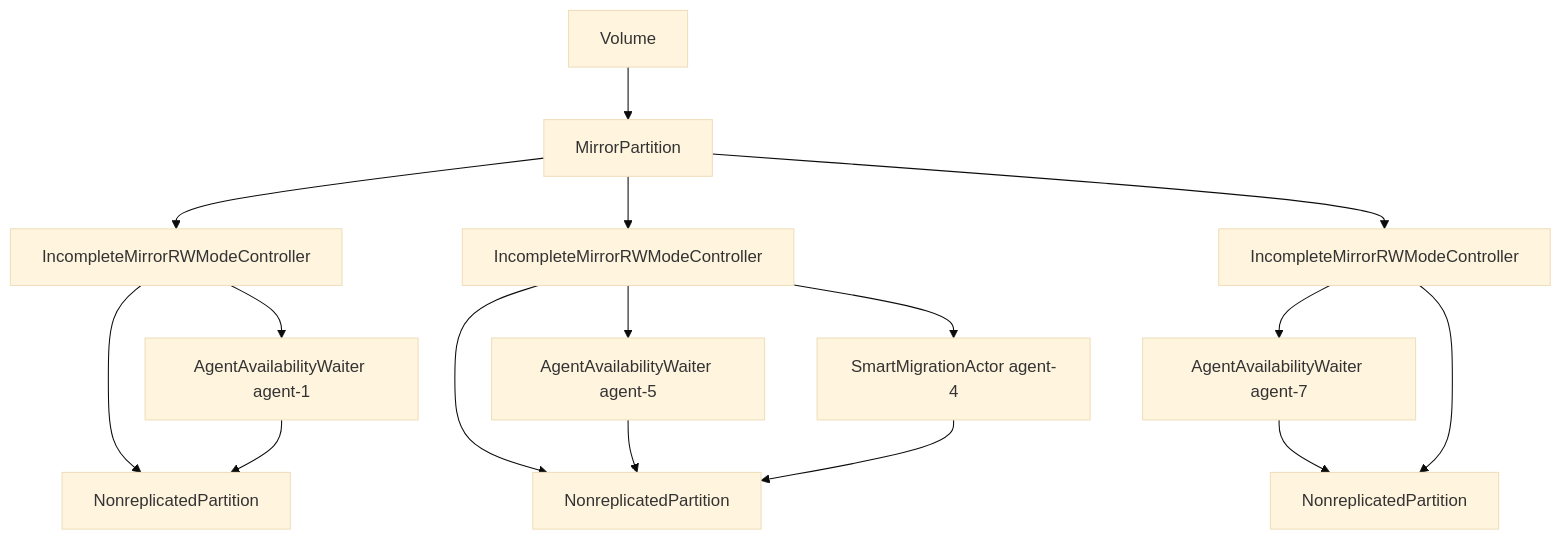
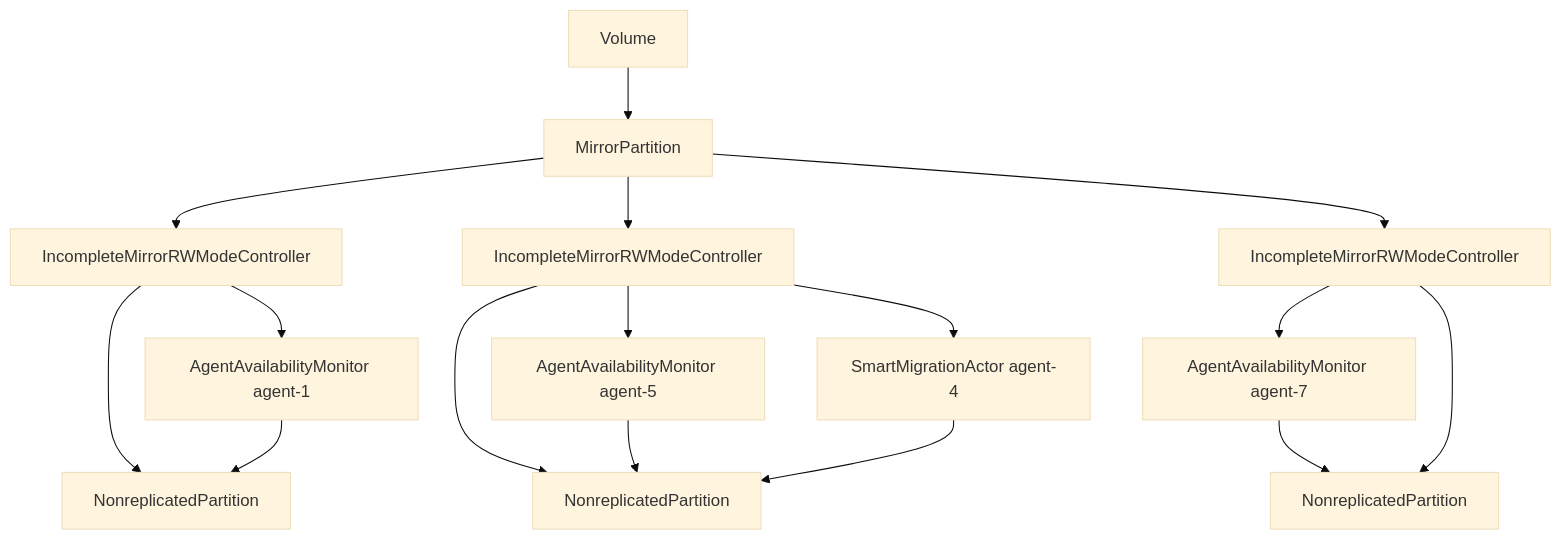
One commit to ydb-platform/nbs changed the first of 2 diagrams in doc/blockstore/storage/dynamic_io_mirroring_proposal.md. Above: the diagram before and after it, drawn with Mermaid (base theme). The commit also changed other lines of this file, not shown here.

````diff
--- a/doc/blockstore/storage/dynamic_io_mirroring_proposal.md
+++ b/doc/blockstore/storage/dynamic_io_mirroring_proposal.md
@@ -43,18 +43,18 @@
 ```mermaid
 flowchart TD
     A[Volume]  --> B[MirrorPartition]
     B --> C[IncompleteMirrorRWModeController]
     B --> D[IncompleteMirrorRWModeController]
     B --> E[IncompleteMirrorRWModeController]
-    C --> F[AgentAvailabilityWaiter agent-1]
+    C --> F[AgentAvailabilityMonitor agent-1]
     C --> G[NonreplicatedPartition]
     F --> G
-    D --> H[AgentAvailabilityWaiter agent-5]
+    D --> H[AgentAvailabilityMonitor agent-5]
     D --> I[SmartMigrationActor agent-4]
     D --> J[NonreplicatedPartition]
     H --> J
     I --> J
-    E --> K[AgentAvailabilityWaiter agent-7]
+    E --> K[AgentAvailabilityMonitor agent-7]
     K --> L[NonreplicatedPartition]
     E --> L
 ```
````
